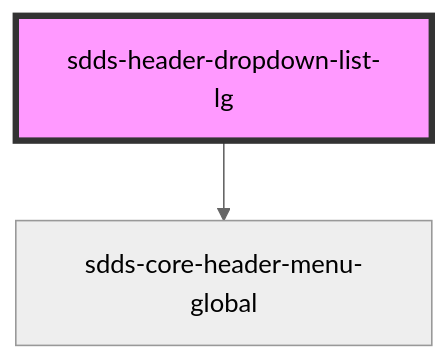
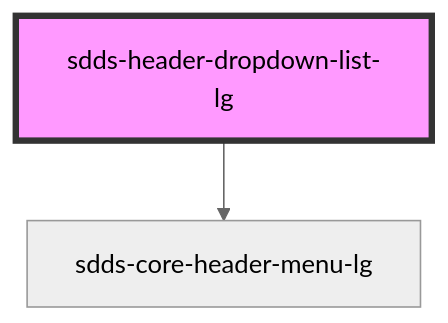
Before and after one commit to scania-digital-design-system/sdds: the diagram in tegel/src/components/header/webcomponent/header-dropdown-list-lg/readme.md, drawn with Mermaid (neutral theme). The commit also changed other lines of this file and 45 other files, not shown here.

````diff
--- a/tegel/src/components/header/webcomponent/header-dropdown-list-lg/readme.md
+++ b/tegel/src/components/header/webcomponent/header-dropdown-list-lg/readme.md
@@ -15,5 +15,5 @@
 ```mermaid
 graph TD;
-  sdds-header-dropdown-list-lg --> sdds-core-header-menu-global
+  sdds-header-dropdown-list-lg --> sdds-core-header-menu-lg
   style sdds-header-dropdown-list-lg fill:#f9f,stroke:#333,stroke-width:4px
 ```
````
